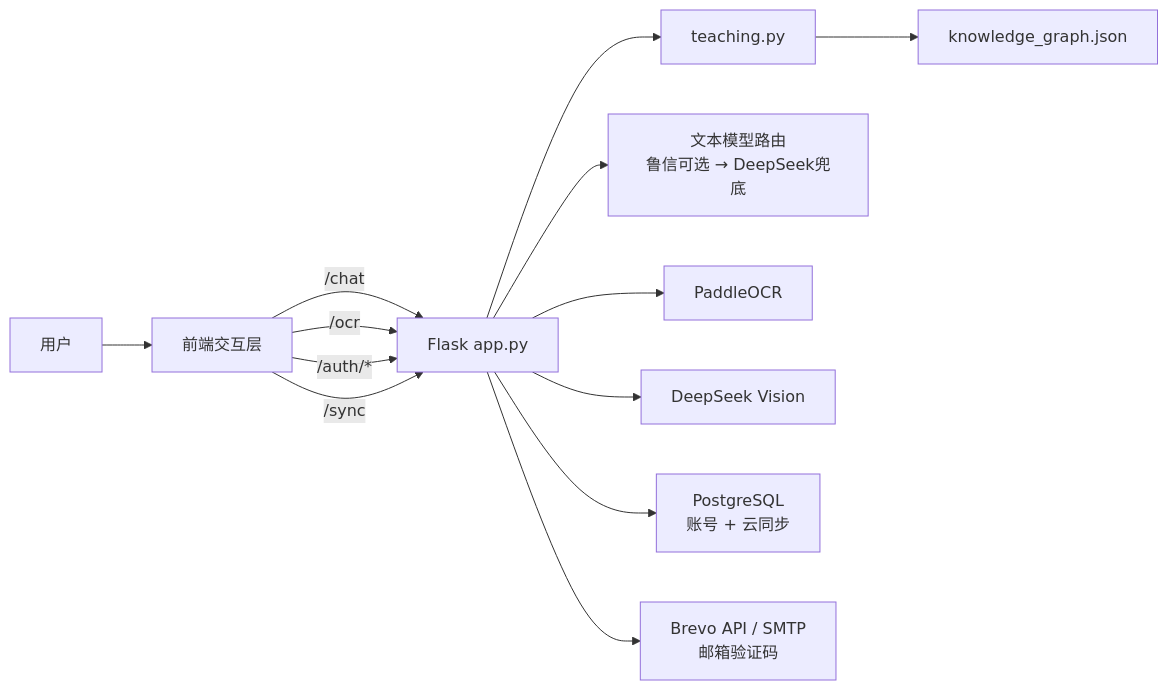
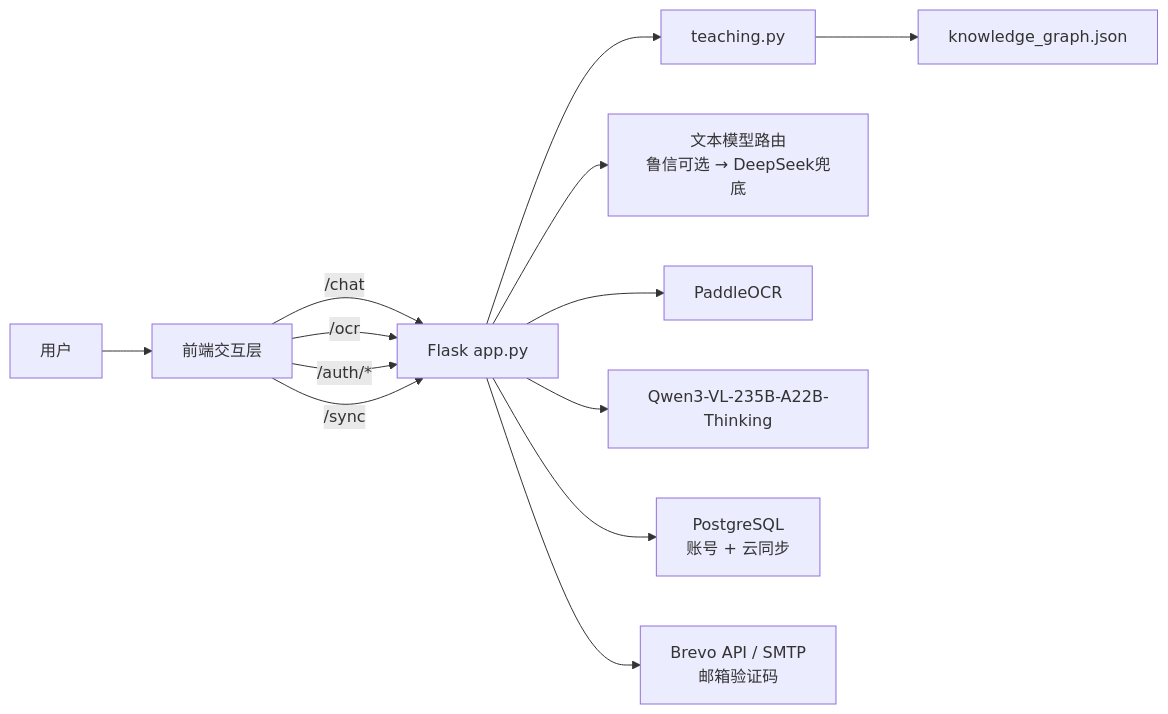
The diagram in docs/ARCHITECTURE.md (zm14744/DMate), drawn with Mermaid before and after one commit. The commit also changed other lines of this file and 3 other files, not shown here.

Commit message:
Route all graph Vision reads to Qwen3-VL-235B-A22B-Thinking; keep DeepSeek tutoring

````diff
--- a/docs/ARCHITECTURE.md
+++ b/docs/ARCHITECTURE.md
@@ -13,15 +13,15 @@
 ```mermaid
 flowchart LR
     U["用户"] --> F["前端交互层"]
     F -->|/chat| A["Flask app.py"]
     F -->|/ocr| A
     F -->|/auth/*| A
     F -->|/sync| A
     A --> T["teaching.py"]
     T --> KG["knowledge_graph.json"]
     A --> TXT["文本模型路由\n鲁信可选 → DeepSeek兜底"]
     A --> OCR["PaddleOCR"]
-    A --> VIS["DeepSeek Vision"]
+    A --> VIS["Qwen3-VL-235B-A22B-Thinking"]
     A --> DB["PostgreSQL\n账号 + 云同步"]
     A --> MAIL["Brevo API / SMTP\n邮箱验证码"]
 ```
````
